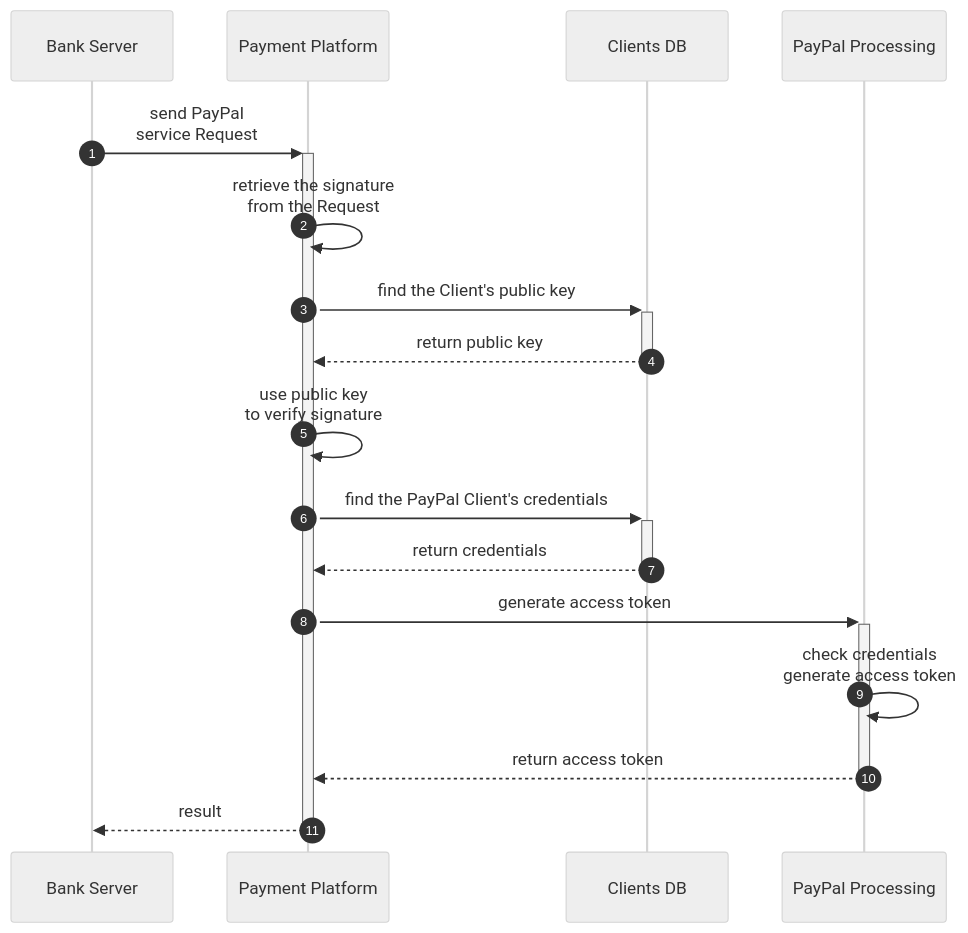
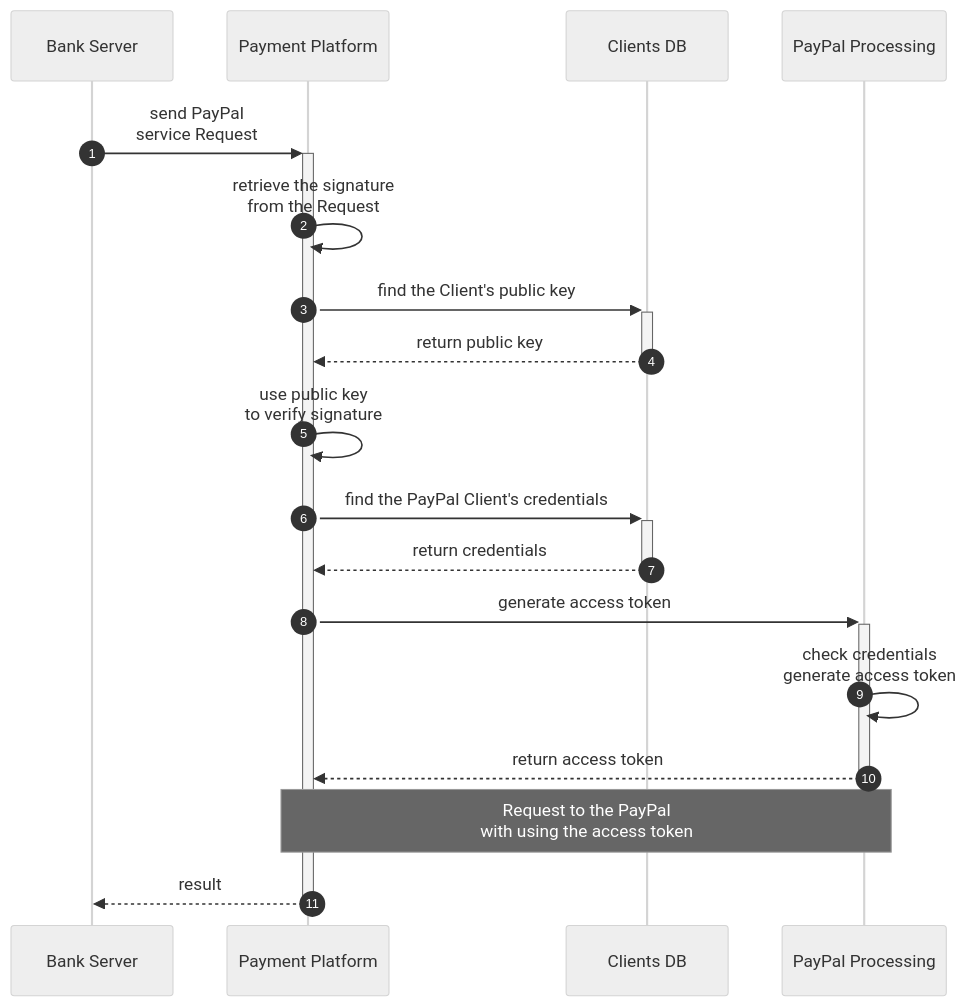
One commit to Kuziomkin/diagrams changed the third of 3 diagrams in specification.md. Above: the diagram before and after it, drawn with Mermaid. The commit also changed other lines of this file, not shown here.

````diff
--- a/specification.md
+++ b/specification.md
@@ -168,28 +169,28 @@
 ```mermaid
 ---
 config:
   layout: dagre
   look: classic
   theme: neutral
 ---
   sequenceDiagram
     autonumber
     participant BS as Bank Server
     participant PP as Payment Platform
     participant CD as Clients DB
     participant PAP as PayPal Processing
 
     BS ->>+ PP: send PayPal <br/> service Request
       PP ->> PP: retrieve the signature <br/> from the Request
       PP ->>+ CD: find the Client's public key
       CD -->>- PP: return public key
       PP ->> PP: use public key <br/> to verify signature
       PP ->>+ CD: find the PayPal Client's credentials
       CD -->>- PP: return credentials
         PP ->>+ PAP: generate access token
           PAP ->> PAP: check credentials <br/> generate access token
         PAP -->>- PP: return access token
-          
+        Note over PP, PAP: Request to the PayPal <br/> with using the access token
     PP -->>- BS: result
    
 ```
````
